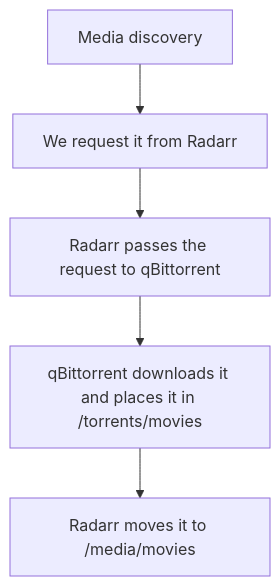
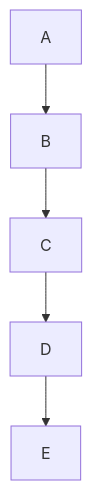
One commit to Stylback/home-server changed the diagram in README.md. Above: the diagram before and after it, drawn with Mermaid.

````diff
--- a/README.md
+++ b/README.md
@@ -1283,7 +1283,7 @@
 ```mermaid
   graph TD;
-      A[Media discovery]-->B[We request it from Radarr];
-      B-->C[Radarr passes the request to qBittorrent];
-      C-->D[qBittorrent downloads it and places it in /torrents/movies];
-      D-->E[Radarr moves it to /media/movies];
+      A-->B;
+      B-->C;
+      C-->D;
+      D-->E;
 ```
````
